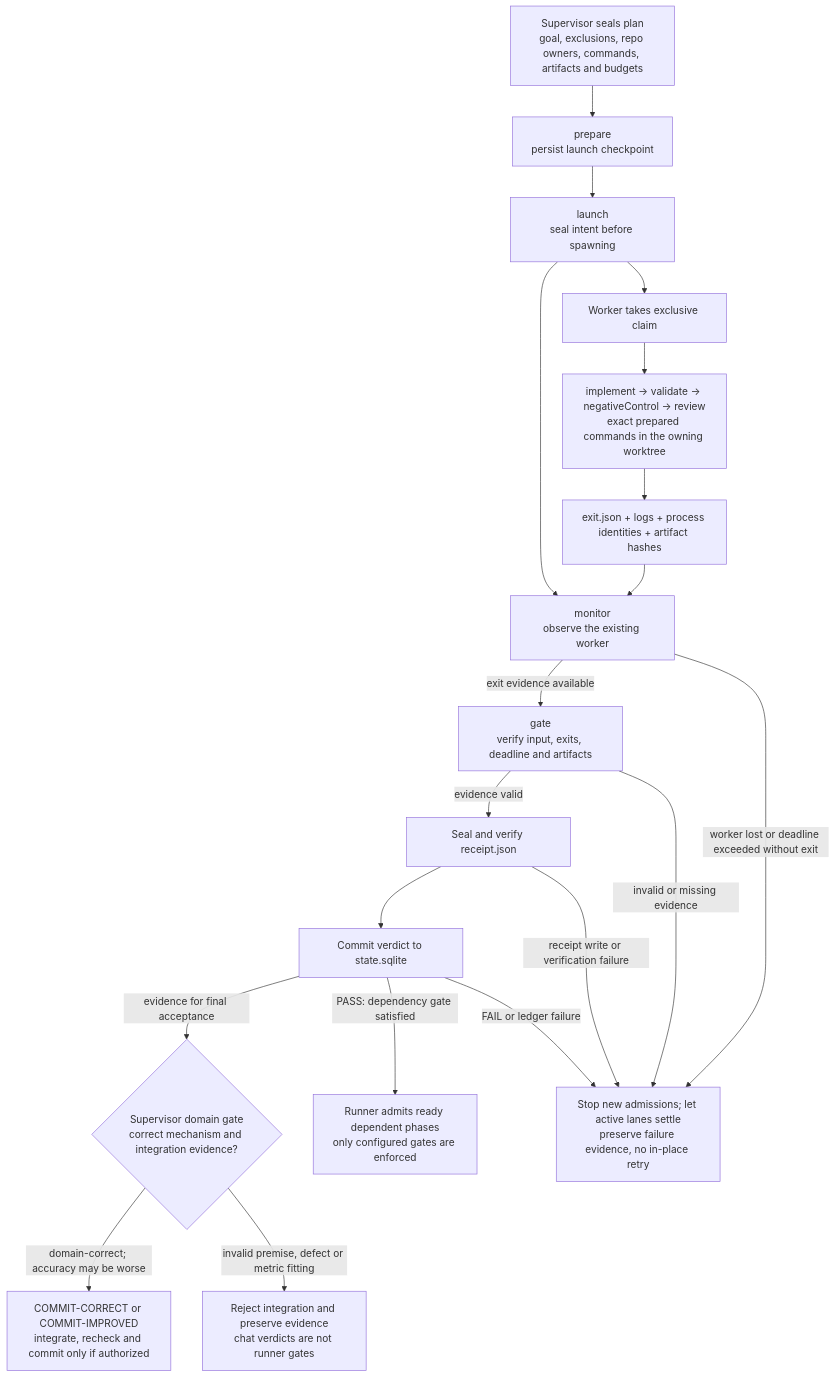
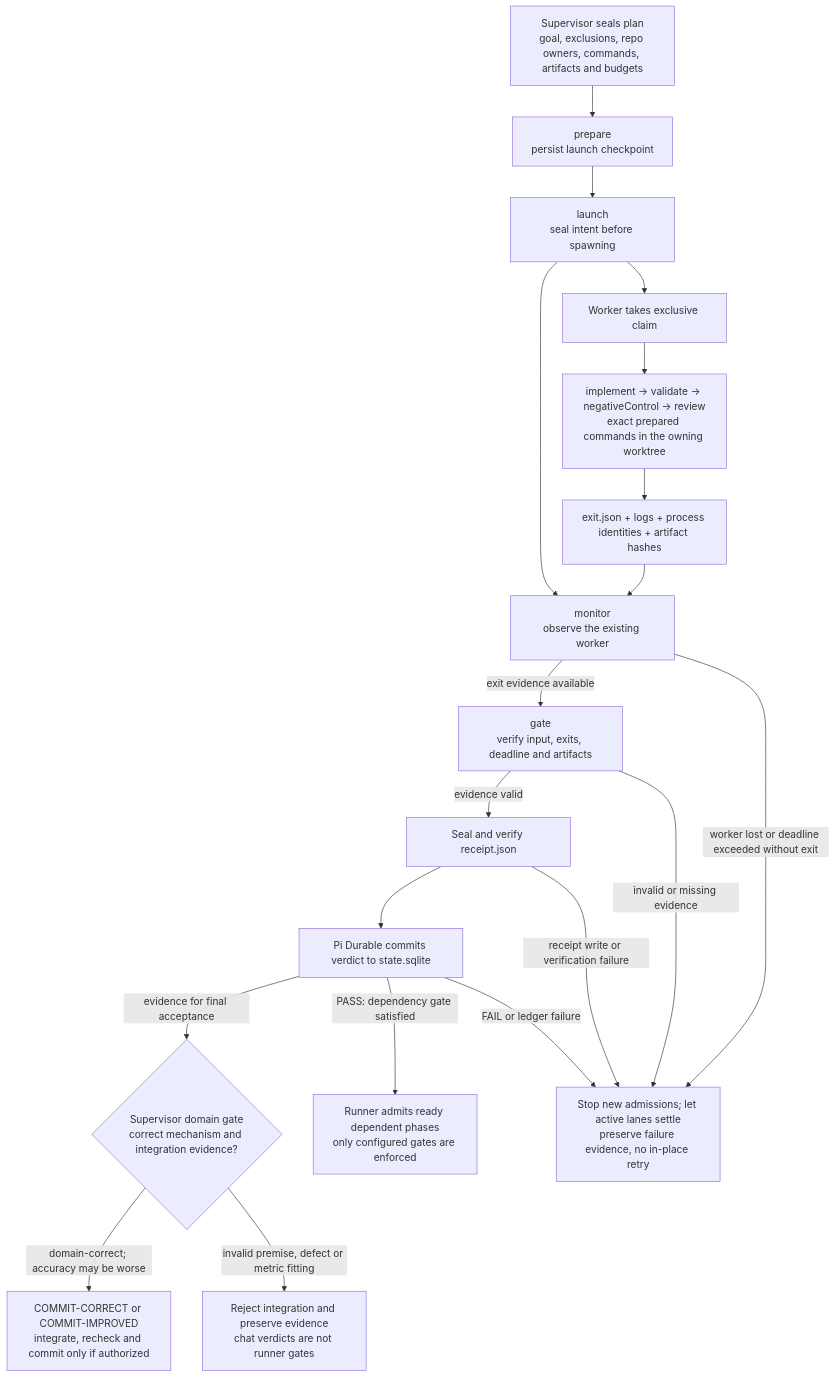
The sixth of 7 diagrams in pi/.pi/agent/skills/simulation-improvement-loop/references/flow.md (vaaldy/dotfiles), drawn with Mermaid before and after one commit. The commit also changed other lines of this file and 1 other file, not shown here.

Commit message:
[chore] explicitly label pi durable execution diagrams

````diff
--- a/pi/.pi/agent/skills/simulation-improvement-loop/references/flow.md
+++ b/pi/.pi/agent/skills/simulation-improvement-loop/references/flow.md
@@ -254,32 +256,32 @@
 ```mermaid
 flowchart TD
     P["Supervisor seals plan<br/>goal, exclusions, repo owners, commands, artifacts and budgets"]
     PRE["prepare<br/>persist launch checkpoint"]
     LA["launch<br/>seal intent before spawning"]
     CL["Worker takes exclusive claim"]
     W["implement -> validate -> negativeControl -> review<br/>exact prepared commands in the owning worktree"]
     EX["exit.json + logs + process identities + artifact hashes"]
     MO["monitor<br/>observe the existing worker"]
     GA["gate<br/>verify input, exits, deadline and artifacts"]
     RE["Seal and verify receipt.json"]
-    DB["Commit verdict to state.sqlite"]
+    DB["Pi Durable commits verdict to state.sqlite"]
     SG{"Supervisor domain gate<br/>correct mechanism and integration evidence?"}
     C["COMMIT-CORRECT or COMMIT-IMPROVED<br/>integrate, recheck and commit only if authorized"]
     N["Runner admits ready dependent phases<br/>only configured gates are enforced"]
     X["Reject integration and preserve evidence<br/>chat verdicts are not runner gates"]
     F["Stop new admissions; let active lanes settle<br/>preserve failure evidence, no in-place retry"]
 
     P --> PRE --> LA
     LA --> CL --> W --> EX --> MO
     LA --> MO
     MO -->|"exit evidence available"| GA
     MO -->|"worker lost or deadline exceeded without exit"| F
     GA -->|"evidence valid"| RE --> DB
     GA -->|"invalid or missing evidence"| F
     RE -->|"receipt write or verification failure"| F
     DB -->|"FAIL or ledger failure"| F
     DB -->|"PASS: dependency gate satisfied"| N
     DB -->|"evidence for final acceptance"| SG
     SG -->|"domain-correct; accuracy may be worse"| C
     SG -->|"invalid premise, defect or metric fitting"| X
 ```
````
